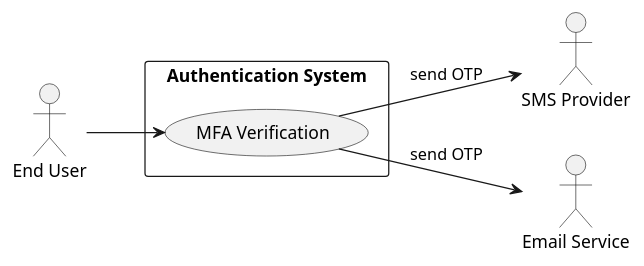
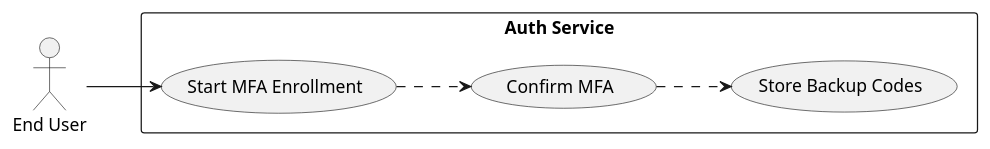
The fourth of 6 diagrams in .propel/context/docs/spec.md (Bimmi-kumari-singh/Agent-testing), drawn with PlantUML before and after one commit. The commit also changed other lines of this file, not shown here.

````diff
--- a/.propel/context/docs/spec.md
+++ b/.propel/context/docs/spec.md
@@ -370,18 +343,17 @@
 ```plantuml
 @startuml
 left to right direction
 skinparam packageStyle rectangle
 
 actor "End User" as User
-actor "SMS Provider" as SMS
-actor "Email Service" as Email
-
-rectangle "Authentication System" {
-  usecase (MFA Verification) as UC4
+rectangle "Auth Service" {
+  usecase (Start MFA Enrollment) as UC1
+  usecase (Confirm MFA) as UC2
+  usecase (Store Backup Codes) as UC3
 }
 
-User --> UC4
-UC4 --> SMS : send OTP
-UC4 --> Email : send OTP
+User --> UC1
+UC1 ..> UC2
+UC2 ..> UC3
 @enduml
 ```
````
